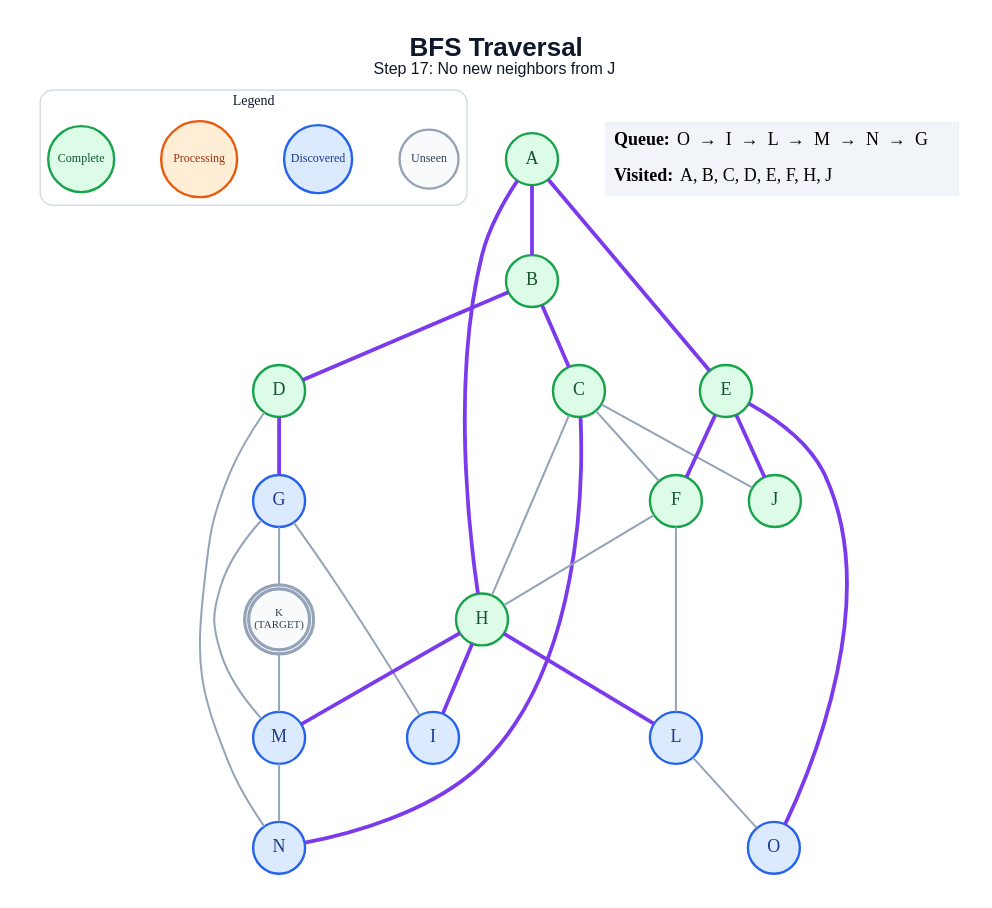
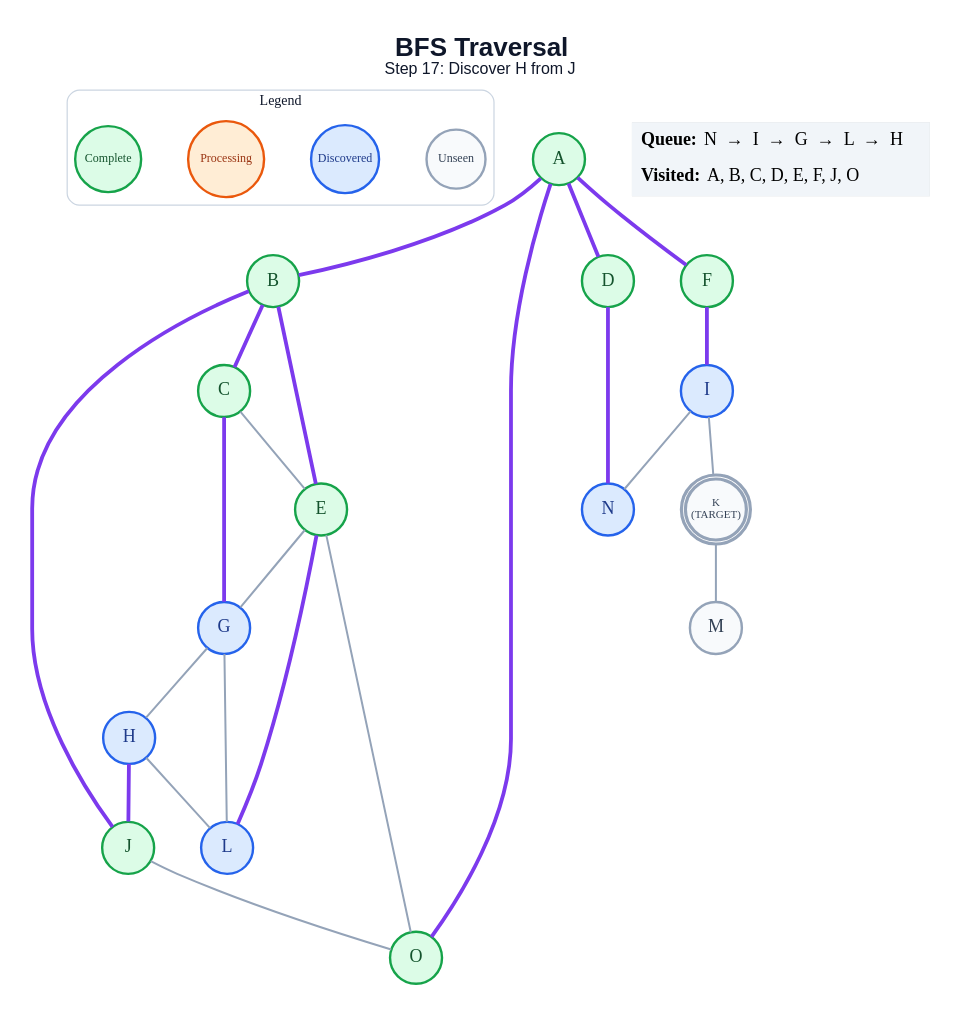
Before and after one commit to anon7238593-create/ai-slop: the diagram in generated/specific-node/bfs/step_17.dot, drawn with Graphviz. The commit also changed 345 other files, not shown here.

```diff
--- a/generated/specific-node/bfs/step_17.dot
+++ b/generated/specific-node/bfs/step_17.dot
@@ -1,59 +1,56 @@
 graph traversal {
   graph [layout=dot, rankdir=TB, bgcolor="#FFFFFF", pad="0.35", nodesep="0.65", ranksep="0.8", fontname="Arial"];
   node [shape=circle, style="filled", fontname="Arial Bold", fontsize=18, width=0.72, fixedsize=true, penwidth=2.4];
   edge [color="#94A3B8", penwidth=2.0];
-  label=<<B>BFS Traversal</B><BR/><FONT POINT-SIZE="16">Step 17: No new neighbors from J</FONT>>; labelloc="t"; fontsize=26; fontname="Arial"; fontcolor="#0F172A";
+  label=<<B>BFS Traversal</B><BR/><FONT POINT-SIZE="16">Step 17: Discover H from J</FONT>>; labelloc="t"; fontsize=26; fontname="Arial"; fontcolor="#0F172A";
   subgraph cluster_legend { label="Legend"; color="#CBD5E1"; penwidth=1.2; style="rounded"; fontsize=14; fontname="Arial Bold";
     key_unseen [label="Unseen", fillcolor="#F8FAFC", color="#94A3B8", fontcolor="#334155", fontsize=12, width=0.82];
     key_frontier [label="Discovered", fillcolor="#DBEAFE", color="#2563EB", fontcolor="#1E3A8A", fontsize=12, width=0.95];
     key_current [label="Processing", fillcolor="#FFEDD5", color="#EA580C", fontcolor="#9A3412", fontsize=12, width=1.05];
     key_done [label="Complete", fillcolor="#DCFCE7", color="#16A34A", fontcolor="#14532D", fontsize=12, width=0.92];
     { rank=same; key_unseen; key_frontier; key_current; key_done; }
   }
   A [label="A", fillcolor="#DCFCE7", color="#16A34A", fontcolor="#14532D", peripheries=1, penwidth=2.4];
   B [label="B", fillcolor="#DCFCE7", color="#16A34A", fontcolor="#14532D", peripheries=1, penwidth=2.4];
   C [label="C", fillcolor="#DCFCE7", color="#16A34A", fontcolor="#14532D", peripheries=1, penwidth=2.4];
   D [label="D", fillcolor="#DCFCE7", color="#16A34A", fontcolor="#14532D", peripheries=1, penwidth=2.4];
   E [label="E", fillcolor="#DCFCE7", color="#16A34A", fontcolor="#14532D", peripheries=1, penwidth=2.4];
   F [label="F", fillcolor="#DCFCE7", color="#16A34A", fontcolor="#14532D", peripheries=1, penwidth=2.4];
   G [label="G", fillcolor="#DBEAFE", color="#2563EB", fontcolor="#1E3A8A", peripheries=1, penwidth=2.4];
-  H [label="H", fillcolor="#DCFCE7", color="#16A34A", fontcolor="#14532D", peripheries=1, penwidth=2.4];
+  H [label="H", fillcolor="#DBEAFE", color="#2563EB", fontcolor="#1E3A8A", peripheries=1, penwidth=2.4];
   I [label="I", fillcolor="#DBEAFE", color="#2563EB", fontcolor="#1E3A8A", peripheries=1, penwidth=2.4];
   J [label="J", fillcolor="#DCFCE7", color="#16A34A", fontcolor="#14532D", peripheries=1, penwidth=2.4];
   K [label="K\n(TARGET)", fillcolor="#F8FAFC", color="#94A3B8", fontcolor="#334155", peripheries=2, penwidth=3.2, fontsize=11, width=0.85, height=0.85];
   L [label="L", fillcolor="#DBEAFE", color="#2563EB", fontcolor="#1E3A8A", peripheries=1, penwidth=2.4];
-  M [label="M", fillcolor="#DBEAFE", color="#2563EB", fontcolor="#1E3A8A", peripheries=1, penwidth=2.4];
+  M [label="M", fillcolor="#F8FAFC", color="#94A3B8", fontcolor="#334155", peripheries=1, penwidth=2.4];
   N [label="N", fillcolor="#DBEAFE", color="#2563EB", fontcolor="#1E3A8A", peripheries=1, penwidth=2.4];
-  O [label="O", fillcolor="#DBEAFE", color="#2563EB", fontcolor="#1E3A8A", peripheries=1, penwidth=2.4];
+  O [label="O", fillcolor="#DCFCE7", color="#16A34A", fontcolor="#14532D", peripheries=1, penwidth=2.4];
   A -- B [color="#7C3AED", penwidth=3.8];
-  A -- E [color="#7C3AED", penwidth=3.8];
-  A -- H [color="#7C3AED", penwidth=3.8];
+  A -- D [color="#7C3AED", penwidth=3.8];
+  A -- F [color="#7C3AED", penwidth=3.8];
+  A -- O [color="#7C3AED", penwidth=3.8];
   B -- C [color="#7C3AED", penwidth=3.8];
-  B -- D [color="#7C3AED", penwidth=3.8];
-  C -- F;
-  C -- H;
-  C -- J;
-  C -- N [color="#7C3AED", penwidth=3.8];
-  D -- G [color="#7C3AED", penwidth=3.8];
-  D -- N;
-  E -- F [color="#7C3AED", penwidth=3.8];
-  E -- J [color="#7C3AED", penwidth=3.8];
-  E -- O [color="#7C3AED", penwidth=3.8];
-  F -- H;
-  F -- L;
-  G -- I;
-  G -- K;
-  G -- M;
-  H -- I [color="#7C3AED", penwidth=3.8];
-  H -- L [color="#7C3AED", penwidth=3.8];
-  H -- M [color="#7C3AED", penwidth=3.8];
+  B -- E [color="#7C3AED", penwidth=3.8];
+  B -- J [color="#7C3AED", penwidth=3.8];
+  C -- E;
+  C -- G [color="#7C3AED", penwidth=3.8];
+  D -- N [color="#7C3AED", penwidth=3.8];
+  E -- G;
+  E -- L [color="#7C3AED", penwidth=3.8];
+  E -- O;
+  F -- I [color="#7C3AED", penwidth=3.8];
+  G -- H;
+  G -- L;
+  H -- J [color="#7C3AED", penwidth=3.8];
+  H -- L;
+  I -- K;
+  I -- N;
+  J -- O;
   K -- M;
-  L -- O;
-  M -- N;
   status [shape=plain, fixedsize=false, width=0, height=0, margin=0, label=<
     <TABLE BORDER="0" CELLBORDER="0" CELLPADDING="7" BGCOLOR="#F1F5F9">
-      <TR><TD ALIGN="LEFT"><B>Queue:</B> O  →  I  →  L  →  M  →  N  →  G</TD></TR>
-      <TR><TD ALIGN="LEFT"><B>Visited:</B> A, B, C, D, E, F, H, J</TD></TR>
+      <TR><TD ALIGN="LEFT"><B>Queue:</B> N  →  I  →  G  →  L  →  H</TD></TR>
+      <TR><TD ALIGN="LEFT"><B>Visited:</B> A, B, C, D, E, F, J, O</TD></TR>
     </TABLE>
   >];
 }
```
